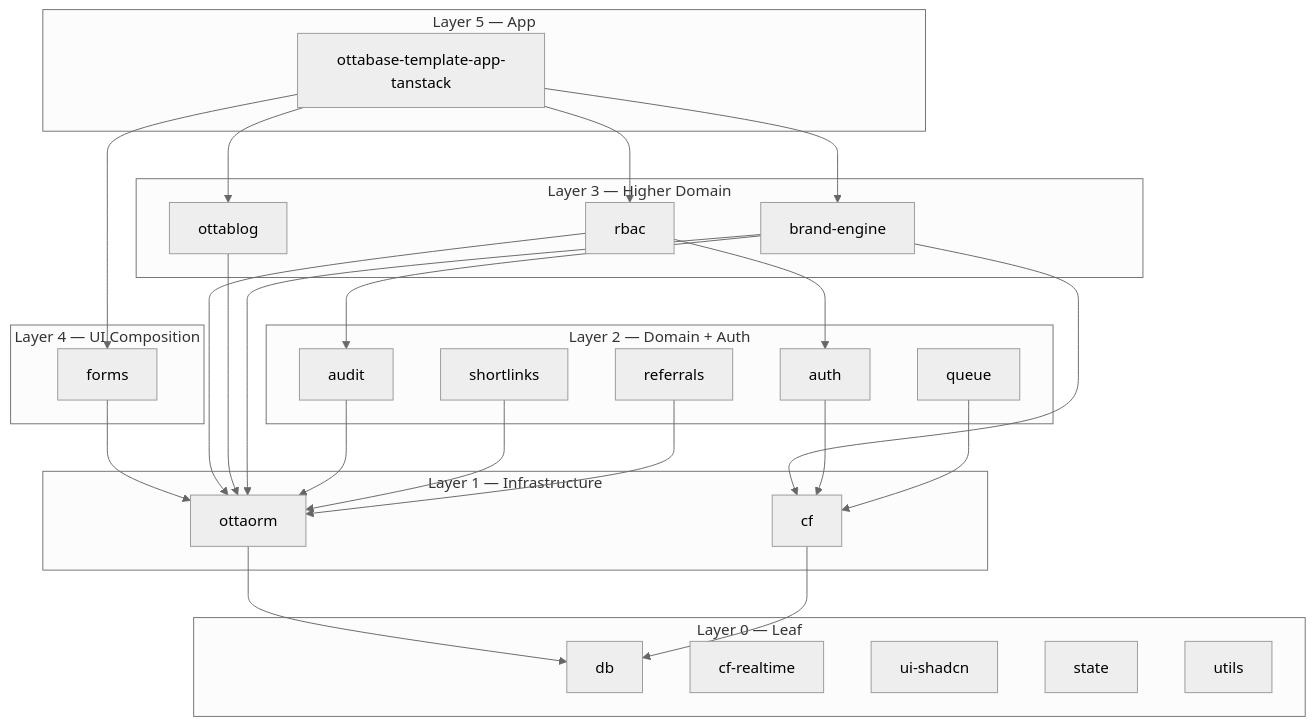
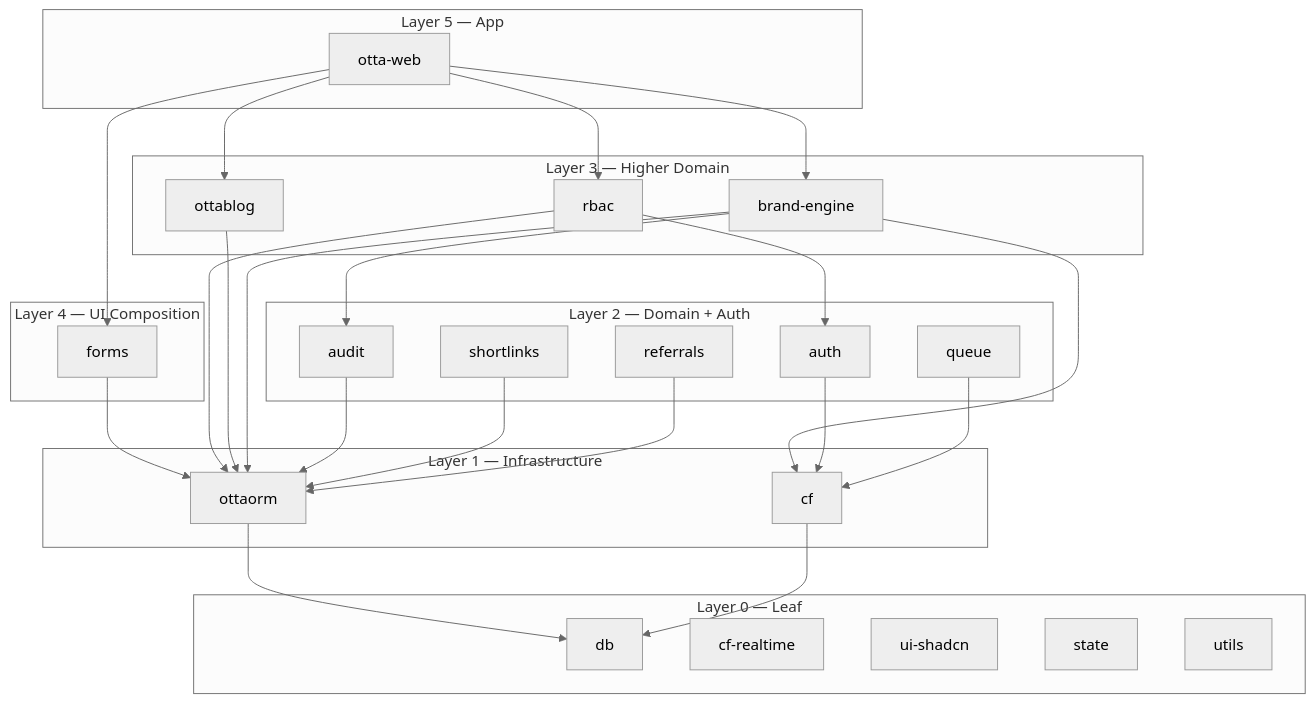
The second of 13 diagrams in ARCHITECTURE.md (MikkelScheike/ottabase), drawn with Mermaid (neutral theme) before and after one commit. The commit also changed other lines of this file and 364 other files, not shown here.

First line of the commit message:
Rename `ottabase-template-app-tanstack` to `otta-web`

````diff
--- a/ARCHITECTURE.md
+++ b/ARCHITECTURE.md
@@ -55,50 +55,50 @@
 ```mermaid
 flowchart TD
     subgraph L5 [Layer 5 — App]
-        App["ottabase-template-app-tanstack"]
+        App["otta-web"]
     end
 
     subgraph L4 [Layer 4 — UI Composition]
         forms
     end
 
     subgraph L3 [Layer 3 — Higher Domain]
         rbac
         ottablog
         brandEngine["brand-engine"]
     end
 
     subgraph L2 [Layer 2 — Domain + Auth]
         auth
         queue
         audit
         shortlinks
         referrals
     end
 
     subgraph L1 [Layer 1 — Infrastructure]
         cf
         ottaorm
     end
 
     subgraph L0 [Layer 0 — Leaf]
         db
         cfRealtime["cf-realtime"]
         uiShadcn["ui-shadcn"]
         state
         utils
     end
 
     App --> forms & rbac & ottablog & brandEngine
     forms --> ottaorm
     rbac --> ottaorm & auth
     ottablog --> ottaorm
     brandEngine --> ottaorm & cf & audit
     auth --> cf
     queue --> cf
     audit --> ottaorm
     shortlinks --> ottaorm
     referrals --> ottaorm
     ottaorm --> db
     cf --> db
 ```
````
